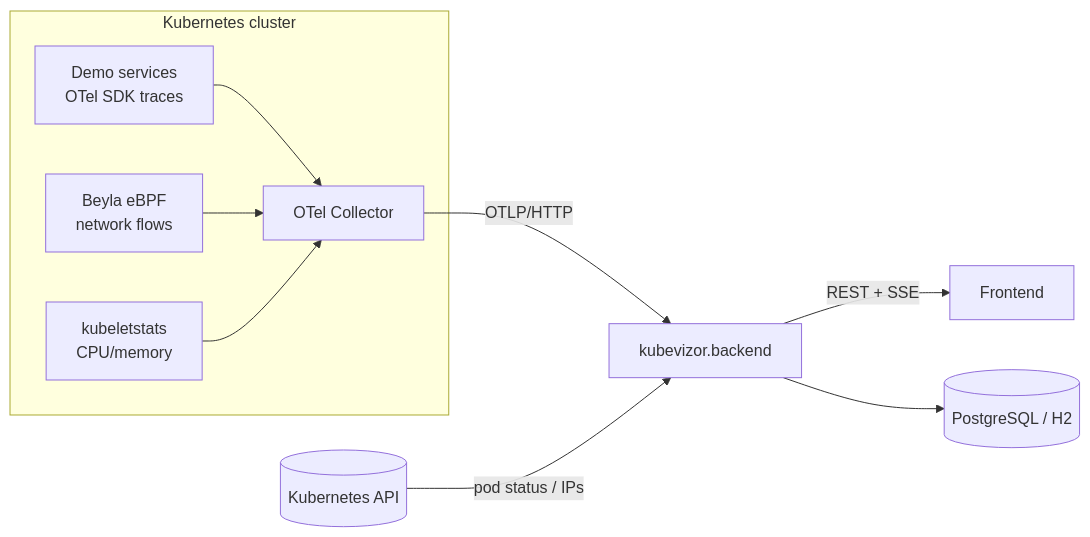
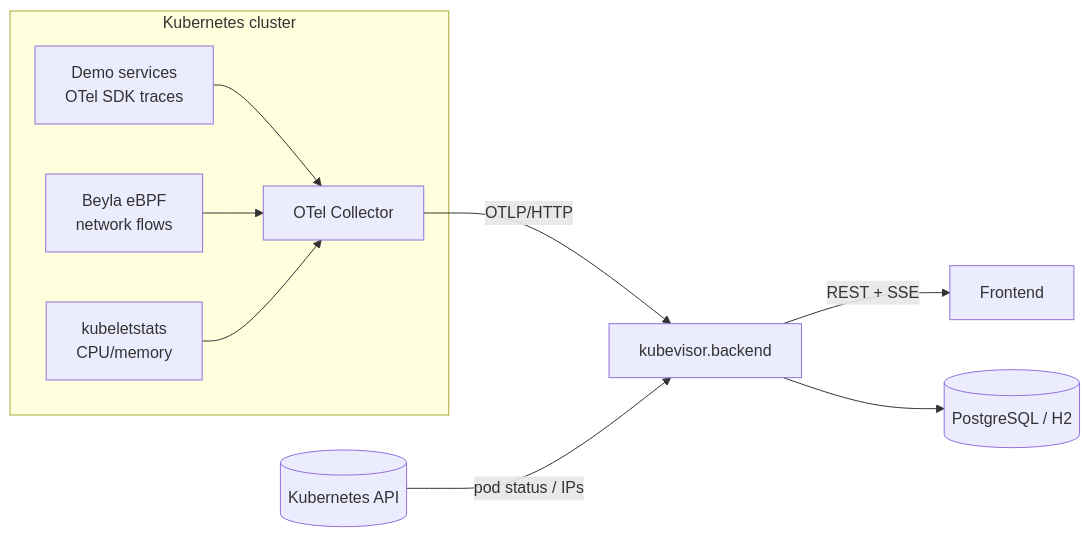
Before and after one commit to AL1ve1T/kubevisor: the diagram in backend/docs/architecture.md, drawn with Mermaid. The commit also changed other lines of this file and 141 other files, not shown here.

Commit message:
Rename kubeflow/kubevizor -> kubevisor across all projects; add top-level LICENSE and README

````diff
--- a/backend/docs/architecture.md
+++ b/backend/docs/architecture.md
@@ -16,16 +16,16 @@
 ```mermaid
 flowchart LR
     subgraph cluster[Kubernetes cluster]
         svc[Demo services\nOTel SDK traces]
         beyla[Beyla eBPF\nnetwork flows]
         kubelet[kubeletstats\nCPU/memory]
         otel[OTel Collector]
         svc --> otel
         beyla --> otel
         kubelet --> otel
     end
-    otel -->|OTLP/HTTP| backend[kubevizor.backend]
+    otel -->|OTLP/HTTP| backend[kubevisor.backend]
     k8sapi[(Kubernetes API)] -->|pod status / IPs| backend
     backend -->|REST + SSE| frontend[Frontend]
     backend --> db[(PostgreSQL / H2)]
 ```
````
